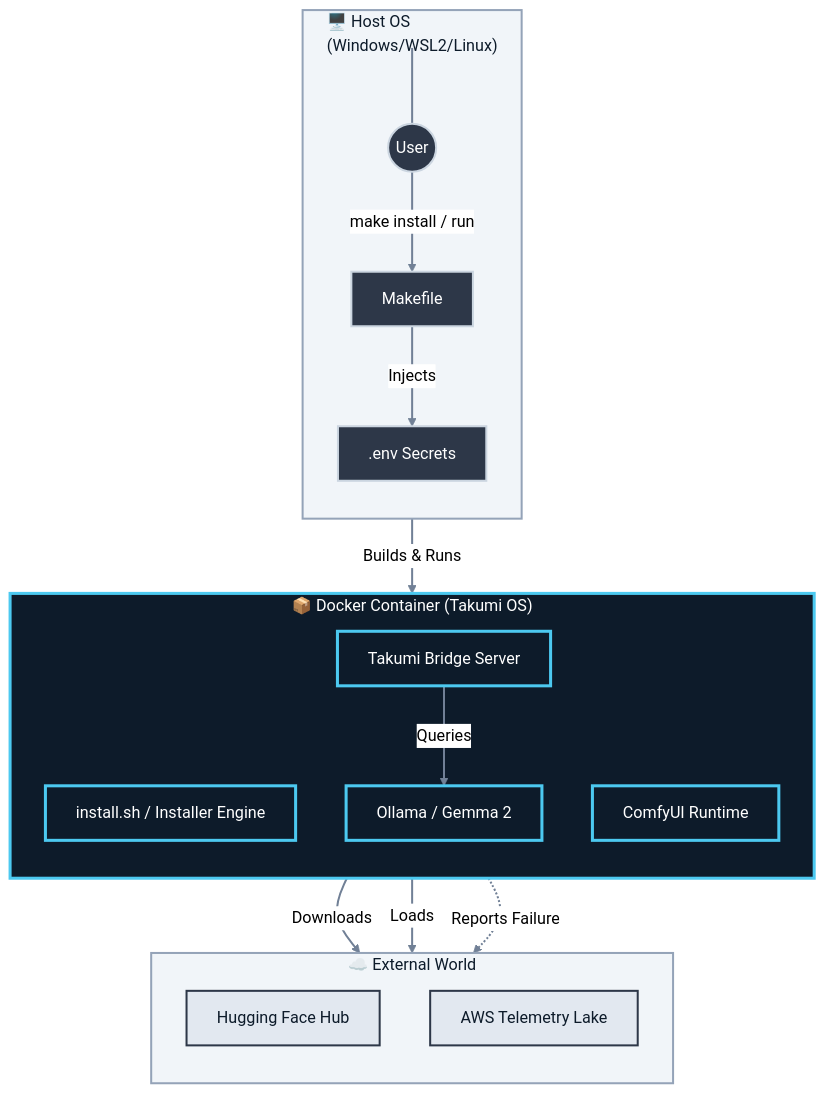
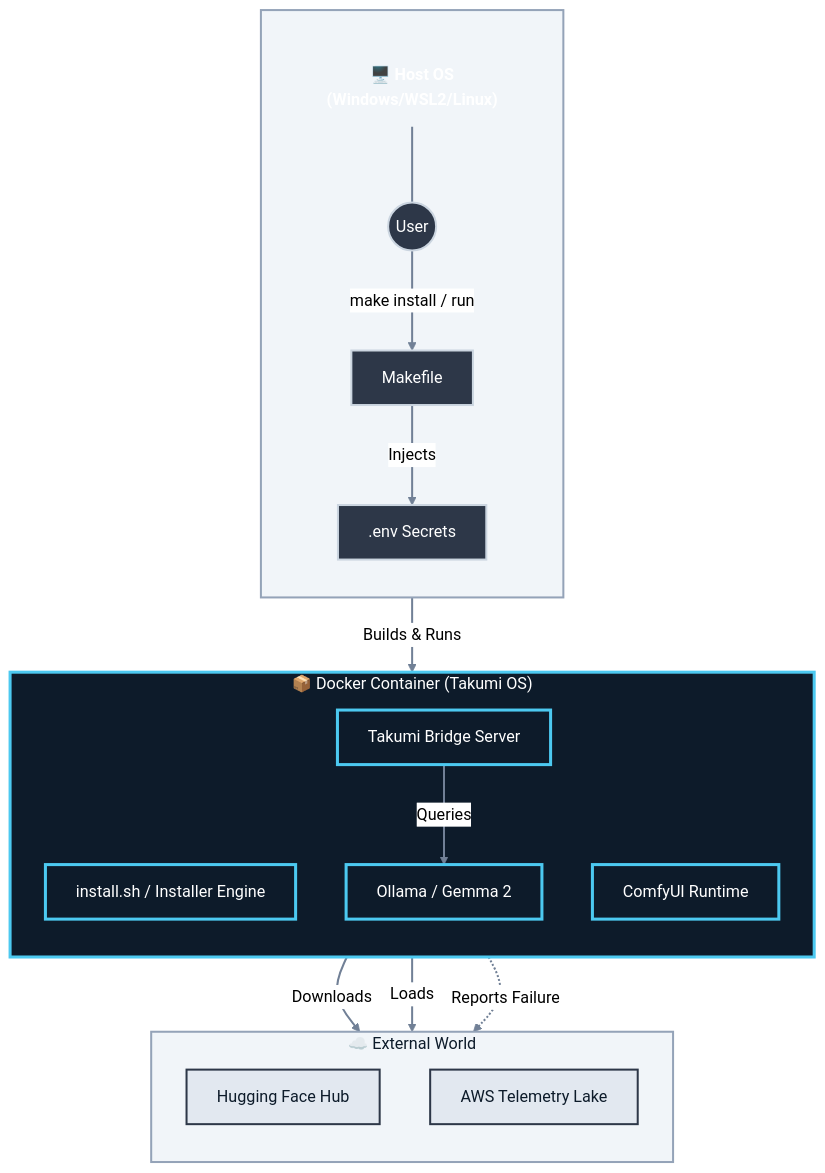
The first of 4 diagrams in architecture.md (roguelikeCode/takumi-comfyui-advisor), drawn with Mermaid (neutral theme) before and after one commit. The commit also changed other lines of this file, not shown here.

Commit message:
chore(architecture.md): fix mermaid colors for github visibility

````diff
--- a/architecture.md
+++ b/architecture.md
@@ -12,54 +12,63 @@
 ```mermaid
 graph TD
     %% --- Global Settings ---
     linkStyle default stroke:#718096,stroke-width:2px,fill:none;
 
     %% --- Styles ---
     classDef host fill:#2d3748,stroke:#cbd5e0,stroke-width:2px,color:#ffffff;
     classDef container fill:#0d1b2a,stroke:#4cc9f0,stroke-width:3px,color:#ffffff;
     classDef cloud fill:#e2e8f0,stroke:#2d3748,stroke-width:2px,color:#0d1b2a;
     classDef plain fill:#f1f5f9,stroke:#94a3b8,stroke-width:2px,color:#0d1b2a;
-    classDef hidden display:none;
+    
+    %% Title Node Style (Transparent, Text-like)
+    classDef titleStyle fill:none,stroke:none,font-weight:bold,color:#ffffff;
 
-    %% Fixed: Use Full-width spaces (　) to force box expansion
-    subgraph Host ["　　🖥️ Host OS　　<br/>(Windows/WSL2/Linux)"]
+    %% Host Subgraph (Title is empty here)
+    subgraph Host [" "]
         direction TB
-        Dummy[ ]:::hidden
+        
+        %% 1. The Title as a Node (Forces physical separation)
+        HostTitle["🖥️ Host OS<br/>(Windows/WSL2/Linux)"]:::titleStyle
+        
+        %% 2. The User Node
         User((User))
+        
+        %% 3. Components
         Make[Makefile]
         Dotenv[.env Secrets]
         
-        Dummy ~~~ User
+        %% Layout Force: Title -> User
+        HostTitle ~~~ User
     end
 
     subgraph Docker ["📦 Docker Container (Takumi OS)"]
         direction TB
         Installer["install.sh / Installer Engine"]
         Runtime[ComfyUI Runtime]
         Brain[Ollama / Gemma 2]
         Bridge[Takumi Bridge Server]
     end
 
     subgraph Cloud ["☁️ External World"]
         direction TB
         HuggingFace[Hugging Face Hub]
         AWS[AWS Telemetry Lake]
     end
 
     %% Connections
     User -->|make install / run| Make
     Make -->|Injects| Dotenv
     Make -->|Builds & Runs| Docker
     
     Installer -->|Downloads| HuggingFace
     Runtime -->|Loads| HuggingFace
     Bridge -->|Queries| Brain
     Installer -.->|Reports Failure| AWS
     
     %% Apply Styles
     class User,Make,Dotenv host;
     class Installer,Runtime,Brain,Bridge container;
     class HuggingFace,AWS cloud;
     class Host,Cloud plain;
     class Docker container;
 ```
````
